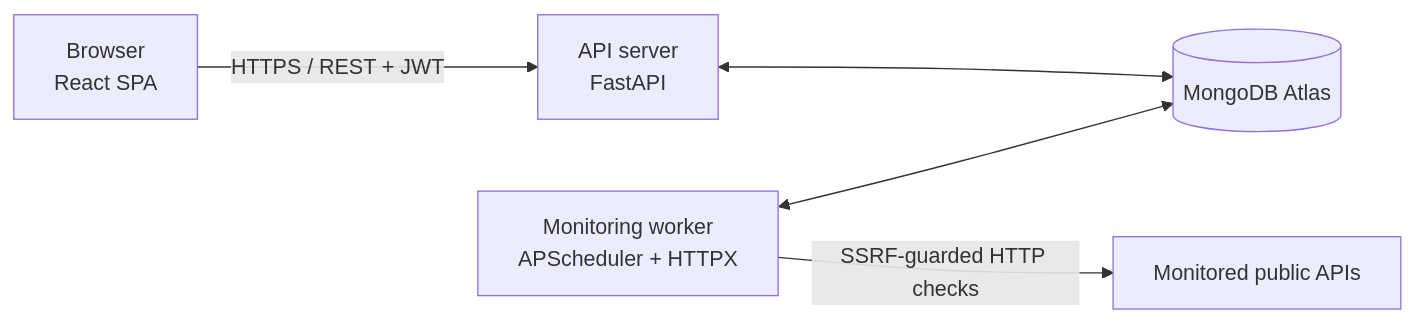
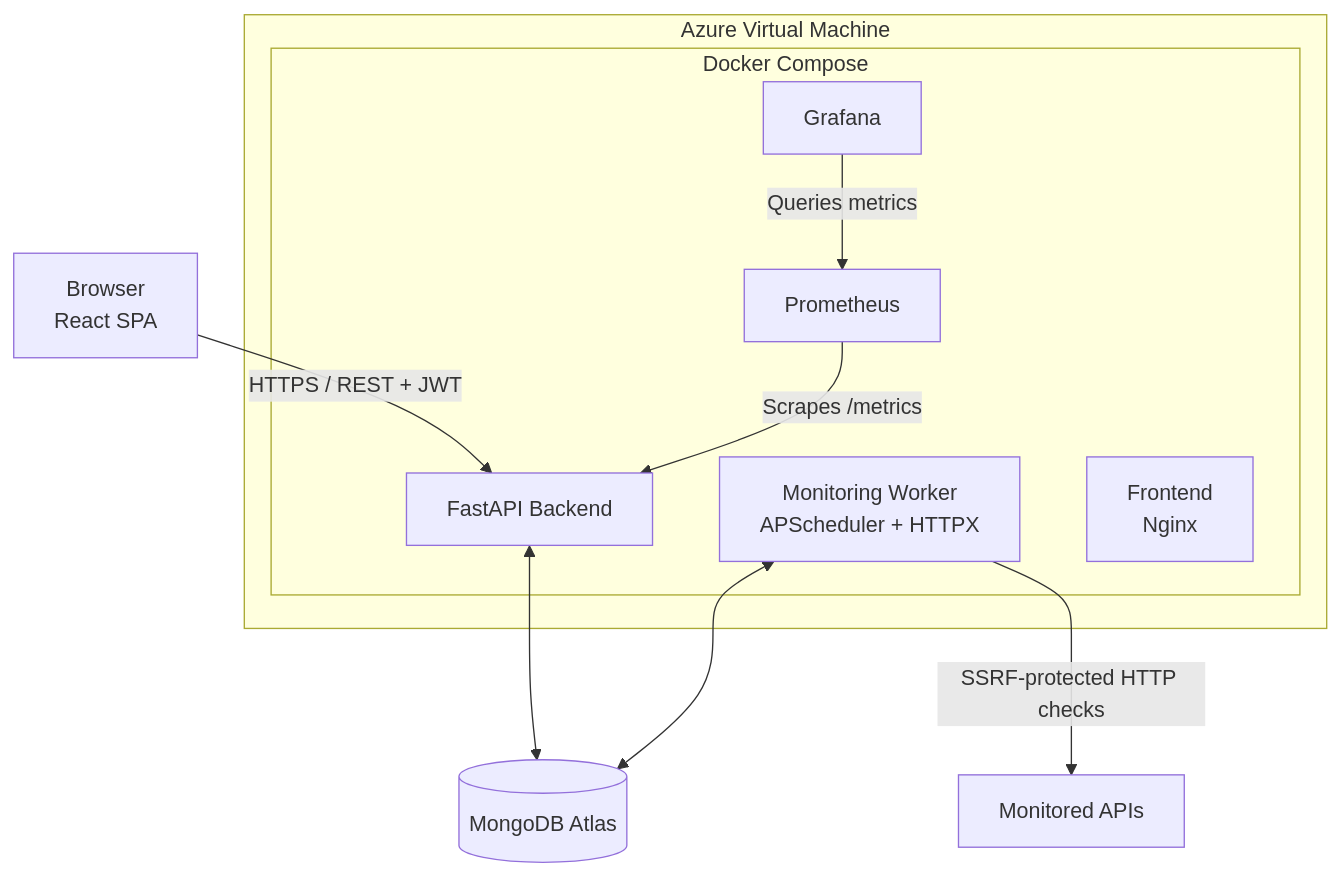
Before and after one commit to KHsalma123/apiwatch: the diagram in README.md, drawn with Mermaid. The commit also changed other lines of this file and 1 other file, not shown here.

````diff
--- a/README.md
+++ b/README.md
@@ -34,7 +35,20 @@
 ```mermaid
-flowchart LR
-    B["Browser<br/>React SPA"] -- "HTTPS / REST + JWT" --> API["API server<br/>FastAPI"]
+flowchart TB
+    B["Browser<br/>React SPA"] -->|"HTTPS / REST + JWT"| API["FastAPI Backend"]
     API <--> DB[("MongoDB Atlas")]
-    WRK["Monitoring worker<br/>APScheduler + HTTPX"] <--> DB
-    WRK -- "SSRF-guarded HTTP checks" --> EXT["Monitored public APIs"]
+    WRK["Monitoring Worker<br/>APScheduler + HTTPX"] <--> DB
+    WRK -->|"SSRF-protected HTTP checks"| EXT["Monitored APIs"]
+
+    subgraph AZ["Azure Virtual Machine"]
+        subgraph DC["Docker Compose"]
+            FE["Frontend<br/>Nginx"]
+            API
+            WRK
+            PROM["Prometheus"]
+            GRAF["Grafana"]
+        end
+    end
+
+    PROM -->|"Scrapes /metrics"| API
+    GRAF -->|"Queries metrics"| PROM
 ```
````
